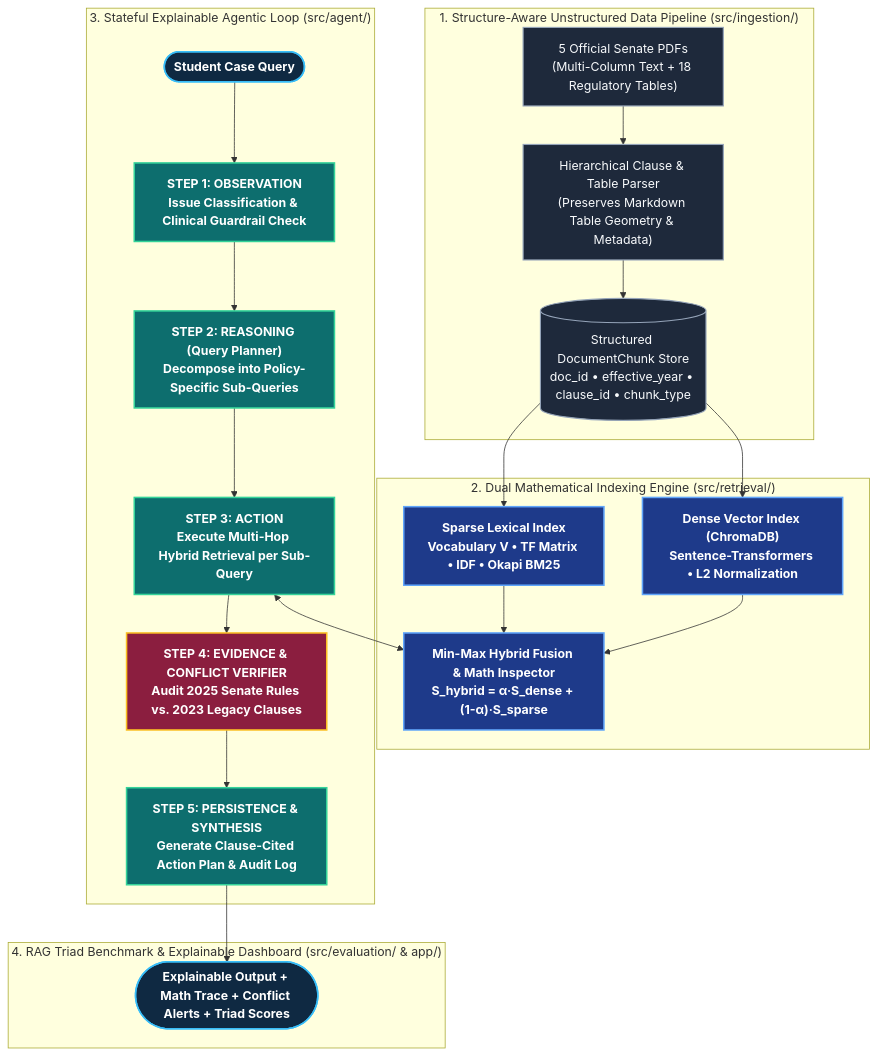
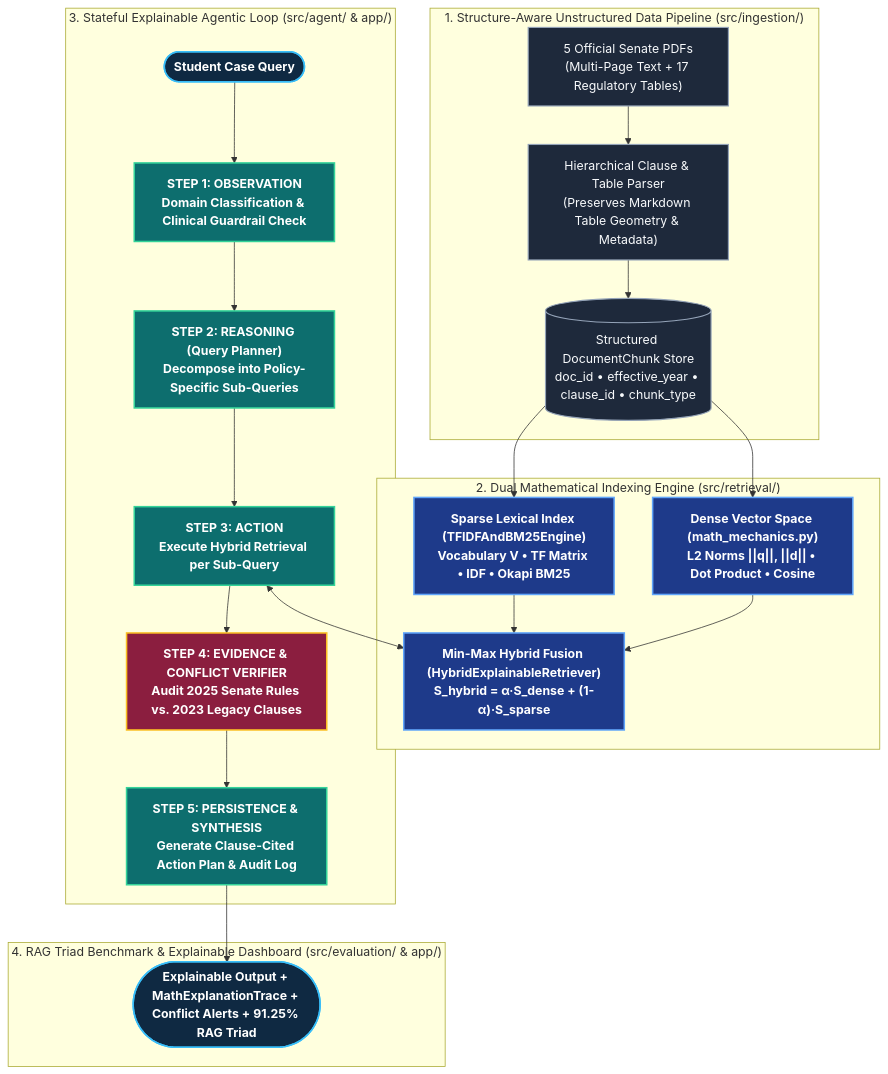
The first of 3 diagrams in README.md (adeeshachathurmina-ux/MediAcad-Agentic-RAG), drawn with Mermaid before and after one commit. The commit also changed other lines of this file, not shown here.

Commit message:
docs(readme): add live Streamlit Cloud URL and 32-case RAG Triad empirical tables

````diff
--- a/README.md
+++ b/README.md
@@ -56,41 +73,41 @@
 ```mermaid
 flowchart TD
     classDef input fill:#0F2942,stroke:#38BDF8,stroke-width:2px,color:#FFFFFF,font-weight:bold;
     classDef pipe fill:#1E293B,stroke:#94A3B8,stroke-width:1.5px,color:#F8FAFC;
     classDef math fill:#1E3A8A,stroke:#60A5FA,stroke-width:2px,color:#FFFFFF,font-weight:bold;
     classDef agent fill:#0D6E6E,stroke:#34D399,stroke-width:2px,color:#FFFFFF,font-weight:bold;
     classDef conflict fill:#8B1E3F,stroke:#FBBF24,stroke-width:2px,color:#FFFFFF,font-weight:bold;
 
     subgraph INGESTION ["1. Structure-Aware Unstructured Data Pipeline (src/ingestion/)"]
-        PDF["5 Official Senate PDFs<br/>(Multi-Column Text + 18 Regulatory Tables)"]:::pipe
+        PDF["5 Official Senate PDFs<br/>(Multi-Page Text + 17 Regulatory Tables)"]:::pipe
         PARSE["Hierarchical Clause & Table Parser<br/>(Preserves Markdown Table Geometry & Metadata)"]:::pipe
         CHUNKS[("Structured DocumentChunk Store<br/>doc_id • effective_year • clause_id • chunk_type")]:::pipe
         PDF --> PARSE --> CHUNKS
     end
 
     subgraph INDEXING ["2. Dual Mathematical Indexing Engine (src/retrieval/)"]
-        SPARSE["Sparse Lexical Index<br/>Vocabulary V • TF Matrix • IDF • Okapi BM25"]:::math
-        DENSE["Dense Vector Index (ChromaDB)<br/>Sentence-Transformers • L2 Normalization"]:::math
-        FUSION["Min-Max Hybrid Fusion & Math Inspector<br/>S_hybrid = α·S_dense + (1-α)·S_sparse"]:::math
+        SPARSE["Sparse Lexical Index (TFIDFAndBM25Engine)<br/>Vocabulary V • TF Matrix • IDF • Okapi BM25"]:::math
+        DENSE["Dense Vector Space (math_mechanics.py)<br/>L2 Norms ||q||, ||d|| • Dot Product • Cosine"]:::math
+        FUSION["Min-Max Hybrid Fusion (HybridExplainableRetriever)<br/>S_hybrid = α·S_dense + (1-α)·S_sparse"]:::math
         CHUNKS --> SPARSE & DENSE
         SPARSE & DENSE --> FUSION
     end
 
-    subgraph AGENTIC_LOOP ["3. Stateful Explainable Agentic Loop (src/agent/)"]
+    subgraph AGENTIC_LOOP ["3. Stateful Explainable Agentic Loop (src/agent/ & app/)"]
         Q(["Student Case Query"]):::input
-        OBS["STEP 1: OBSERVATION<br/>Issue Classification & Clinical Guardrail Check"]:::agent
+        OBS["STEP 1: OBSERVATION<br/>Domain Classification & Clinical Guardrail Check"]:::agent
         PLAN["STEP 2: REASONING (Query Planner)<br/>Decompose into Policy-Specific Sub-Queries"]:::agent
-        ACT["STEP 3: ACTION<br/>Execute Multi-Hop Hybrid Retrieval per Sub-Query"]:::agent
+        ACT["STEP 3: ACTION<br/>Execute Hybrid Retrieval per Sub-Query"]:::agent
         VER["STEP 4: EVIDENCE & CONFLICT VERIFIER<br/>Audit 2025 Senate Rules vs. 2023 Legacy Clauses"]:::conflict
         PERSIST["STEP 5: PERSISTENCE & SYNTHESIS<br/>Generate Clause-Cited Action Plan & Audit Log"]:::agent
 
         Q --> OBS --> PLAN --> ACT
         ACT <--> FUSION
         ACT --> VER --> PERSIST
     end
 
-     subgraph EVAL ["4. RAG Triad Benchmark & Explainable Dashboard (src/evaluation/ & app/)"]
-        OUT(["Explainable Output + Math Trace + Conflict Alerts + Triad Scores"]):::input
+    subgraph EVAL ["4. RAG Triad Benchmark & Explainable Dashboard (src/evaluation/ & app/)"]
+        OUT(["Explainable Output + MathExplanationTrace + Conflict Alerts + 91.25% RAG Triad"]):::input
         PERSIST --> OUT
     end
 ```
````
